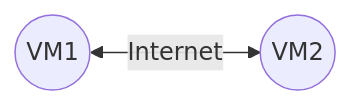
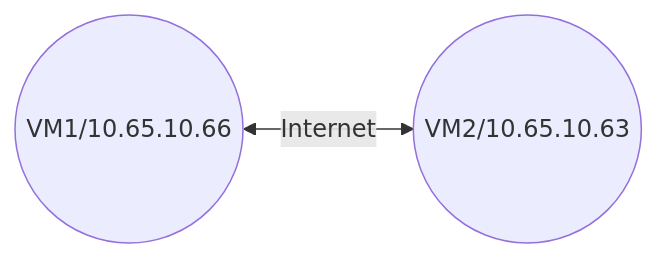
Before and after one commit to edgardcunha/freeRouter: the diagram in wireguard/README.md, drawn with Mermaid.

````diff
--- a/wireguard/README.md
+++ b/wireguard/README.md
@@ -4,4 +4,4 @@
 ```mermaid
 flowchart LR
-A((VM1)) <-->|Internet| B((VM2))
+A((VM1/10.65.10.66)) <-->|Internet| B((VM2/10.65.10.63))
 ```
````
